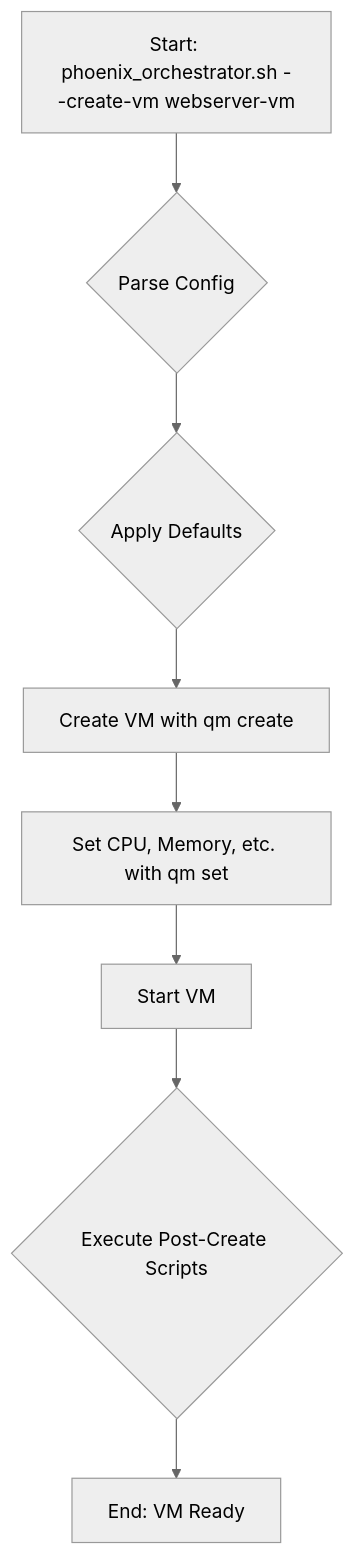
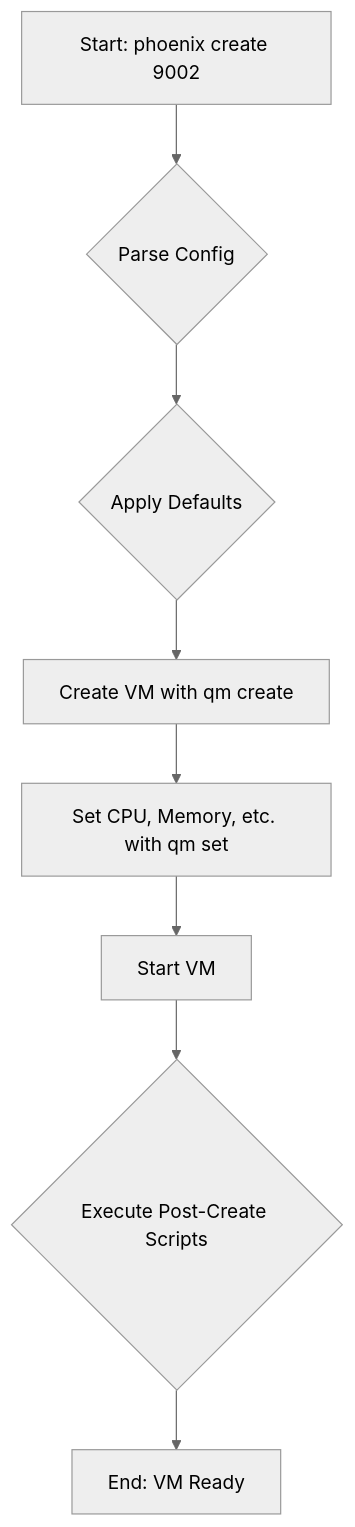
Before and after one commit to SirHeads/Testing-ideas: the diagram in Thinkheads.AI_docs/01_product_and_project_strategy/01_project_business_cases/12_thinkheads_ai_vm_creation_design.md, drawn with Mermaid (neutral theme). The commit also changed other lines of this file and 51 other files, not shown here.

````diff
--- a/Thinkheads.AI_docs/01_product_and_project_strategy/01_project_business_cases/12_thinkheads_ai_vm_creation_design.md
+++ b/Thinkheads.AI_docs/01_product_and_project_strategy/01_project_business_cases/12_thinkheads_ai_vm_creation_design.md
@@ -81,10 +82,10 @@
 ```mermaid
 graph TD
-    A[Start: phoenix_orchestrator.sh --create-vm webserver-vm] --> B{Parse Config};
+    A[Start: phoenix create 9002] --> B{Parse Config};
     B --> C{Apply Defaults};
     C --> D[Create VM with qm create];
     D --> E[Set CPU, Memory, etc. with qm set];
     E --> F[Start VM];
     F --> G{Execute Post-Create Scripts};
     G --> H[End: VM Ready];
 ```
````
